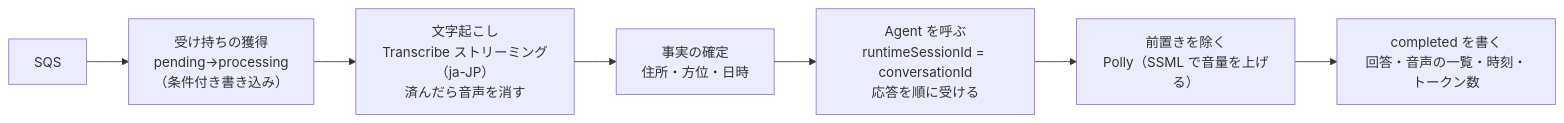
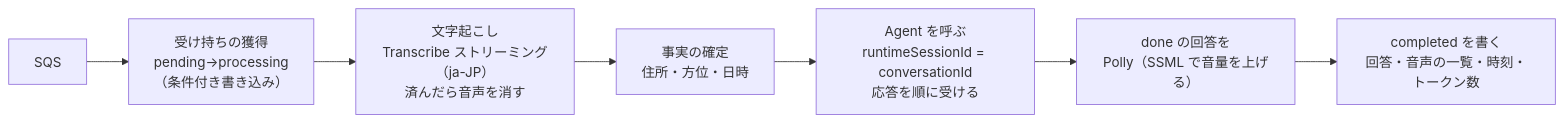
Before and after one commit to h-akira/TouringProjectV2: the third of 3 diagrams in docs/specs/2026-10-16-slice1-design.md, drawn with Mermaid. The commit also changed other lines of this file and 1 other file, not shown here.

Commit message:
docs: define agent invocation payload and response events

````diff
--- a/docs/specs/2026-10-16-slice1-design.md
+++ b/docs/specs/2026-10-16-slice1-design.md
@@ -186,9 +186,9 @@
 ```mermaid
 flowchart LR
   Q["SQS"] --> C["受け持ちの獲得<br/>pending→processing<br/>（条件付き書き込み）"]
   C --> S["文字起こし<br/>Transcribe ストリーミング（ja-JP）<br/>済んだら音声を消す"]
   S --> G["事実の確定<br/>住所・方位・日時"]
   G --> A["Agent を呼ぶ<br/>runtimeSessionId = conversationId<br/>応答を順に受ける"]
-  A --> P["前置きを除く<br/>Polly（SSML で音量を上げる）"]
+  A --> P["done の回答を<br/>Polly（SSML で音量を上げる）"]
   P --> D["completed を書く<br/>回答・音声の一覧・時刻・トークン数"]
 ```
````
